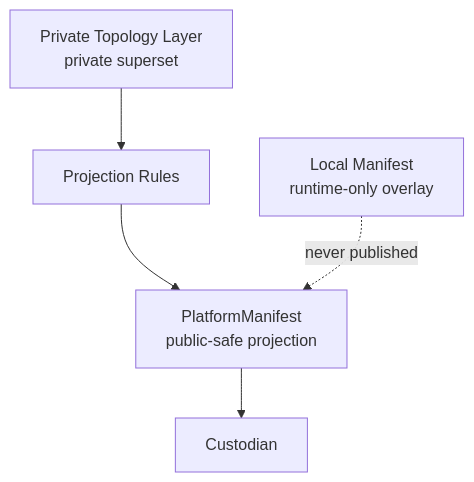
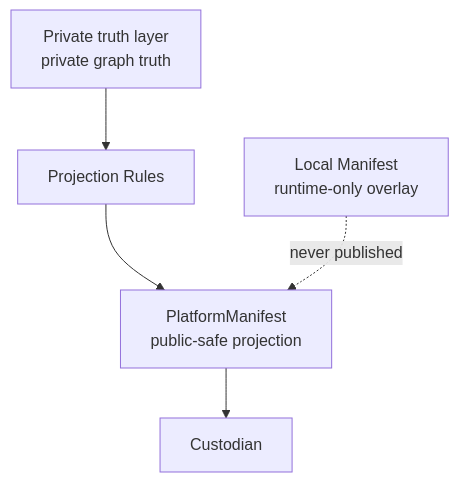
One commit to ProtocolWarden/ProtocolWarden.github.io changed the diagram in docs/diagrams/manifests/projection.md. Above: the diagram before and after it, drawn with Mermaid. The commit also changed 26 other files, not shown here.

````diff
--- a/docs/diagrams/manifests/projection.md
+++ b/docs/diagrams/manifests/projection.md
@@ -3,13 +3,13 @@
 ```mermaid
 graph TD
-    Private[Private Topology Layer\nprivate superset]
+    Private[Private truth layer\nprivate graph truth]
     Rules[Projection Rules]
     Public[PlatformManifest\npublic-safe projection]
     Local[Local Manifest\nruntime-only overlay]
     Custodian[Custodian]
 
     Private --> Rules
     Rules --> Public
     Local -. never published .-> Public
     Public --> Custodian
 ```
````
